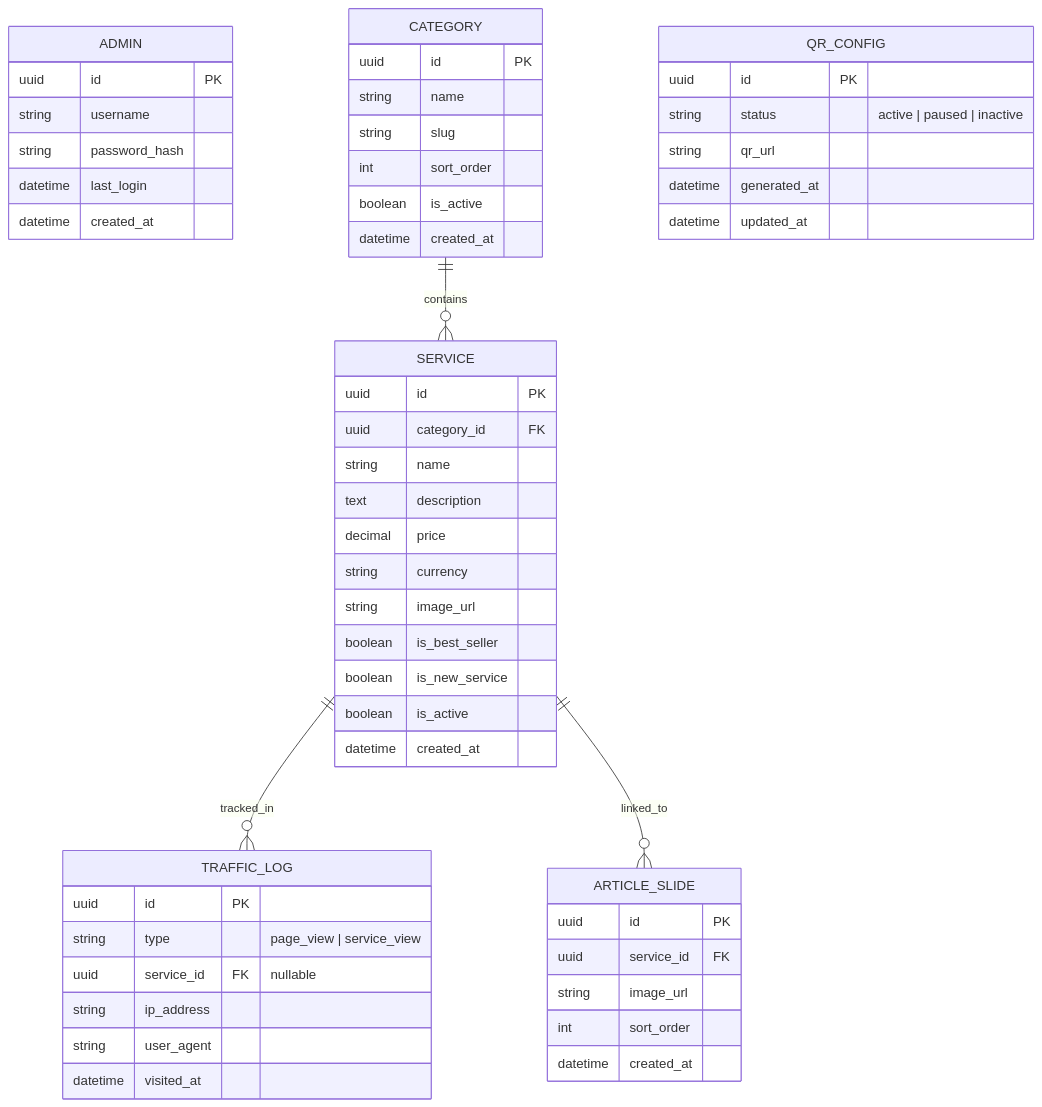
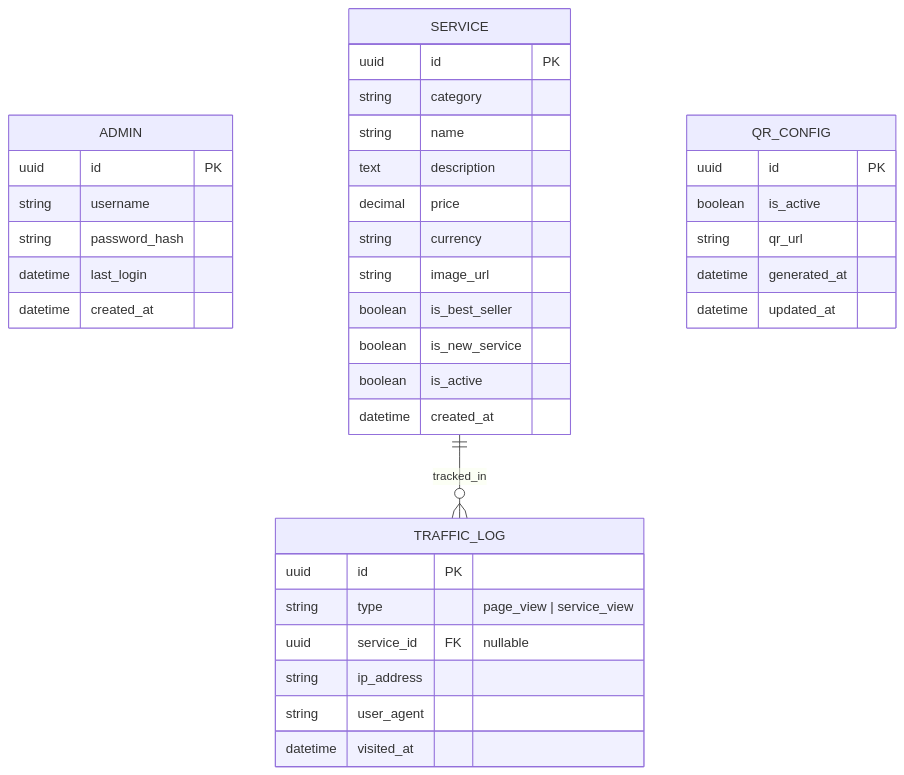
One commit to minhnghia0612/QR_HOME changed the diagram in Spec/schema.md. Above: the diagram before and after it, drawn with Mermaid. The commit also changed other lines of this file and 1 other file, not shown here.

Commit message:
chore: spec and schema

````diff
--- a/Spec/schema.md
+++ b/Spec/schema.md
@@ -7,62 +7,43 @@
 ```mermaid
 erDiagram
     ADMIN {
         uuid id PK
         string username
         string password_hash
         datetime last_login
         datetime created_at
     }
 
-    CATEGORY {
-        uuid id PK
-        string name
-        string slug
-        int sort_order
-        boolean is_active
-        datetime created_at
-    }
-
     SERVICE {
         uuid id PK
-        uuid category_id FK
+        string category
         string name
         text description
         decimal price
         string currency
         string image_url
         boolean is_best_seller
         boolean is_new_service
         boolean is_active
         datetime created_at
     }
 
     QR_CONFIG {
         uuid id PK
-        string status "active | paused | inactive"
+        boolean is_active
         string qr_url
         datetime generated_at
         datetime updated_at
     }
 
     TRAFFIC_LOG {
         uuid id PK
         string type "page_view | service_view"
         uuid service_id FK "nullable"
         string ip_address
         string user_agent
         datetime visited_at
     }
 
-    ARTICLE_SLIDE {
-        uuid id PK
-        uuid service_id FK
-        string image_url
-        int sort_order
-        datetime created_at
-    }
-
-    CATEGORY ||--o{ SERVICE : contains
     SERVICE ||--o{ TRAFFIC_LOG : tracked_in
-    SERVICE ||--o{ ARTICLE_SLIDE : linked_to
 ```
````
